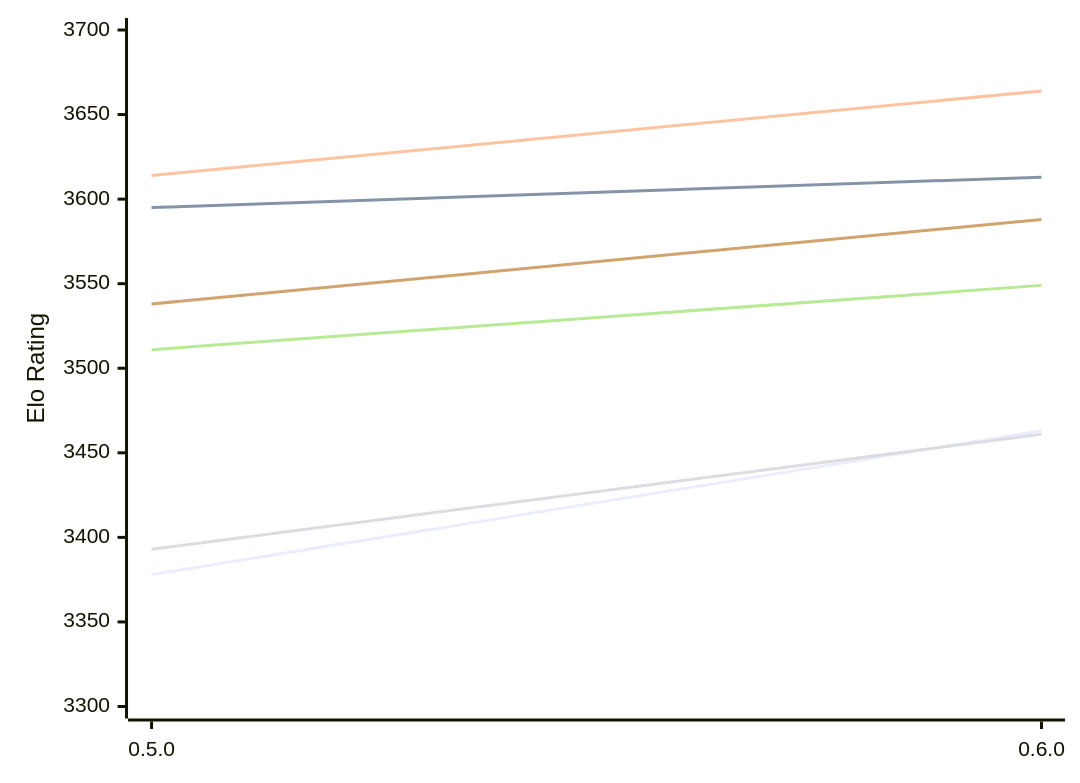
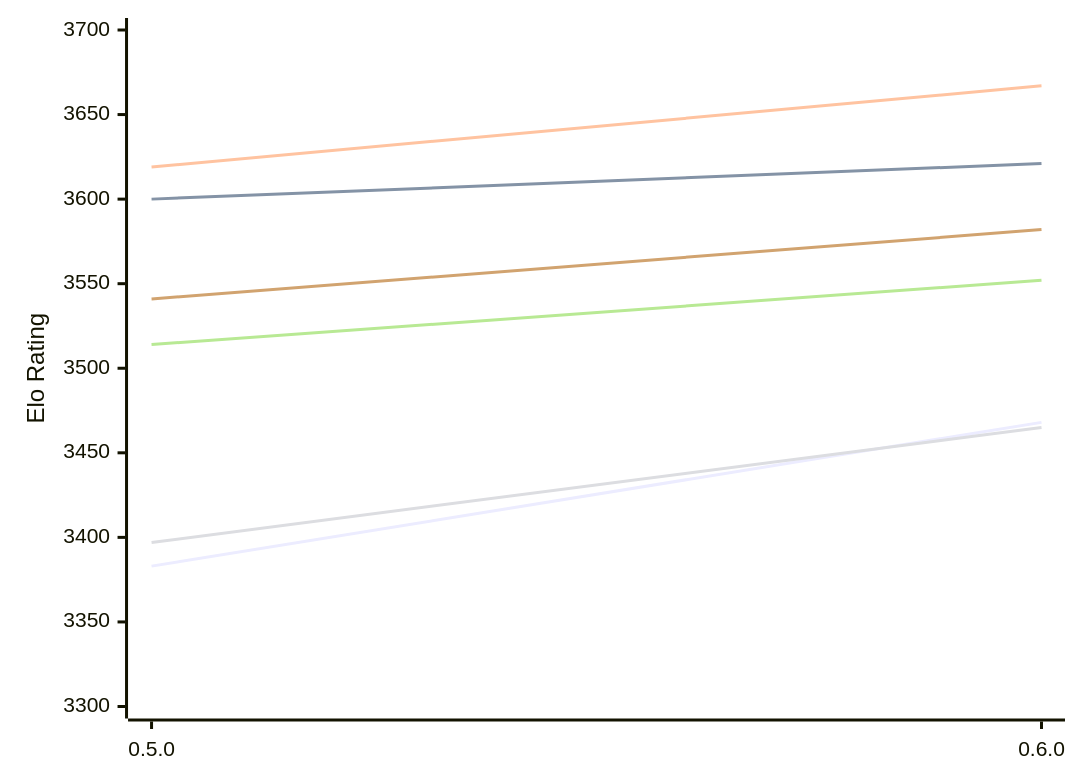
Before and after one commit to computer-chess-index/cci: the diagram in engines/Incipit.md, drawn with Mermaid. The commit also changed other lines of this file, not shown here.

Commit message:
Update CCI Ratings (ELO VLTC) - 2026-11-20

````diff
--- a/engines/Incipit.md
+++ b/engines/Incipit.md
@@ -49,12 +49,12 @@
 ```mermaid
 %%{init: {"theme":"base","themeVariables":{"seriesColors:['#a3a3a3','#222221','#faa371']}}}%%
 xychart-beta
   x-axis ["0.5.0", "0.6.0"]
   y-axis "Elo Rating" 3300 --> 3700
-  line "E1: STC (8.0+0.08s)" [3378, 3463]
-  line "E1: LTC (60.0+0.60s)" [3595, 3613]
-  line "E1: VLTC (2m24s+1.12s)" [3614, 3664]
-  line "P1: STC (8.0+0.08s)" [3393, 3461]
-  line "P1: LTC (60.0+0.60s)" [3511, 3549]
-  line "P1: VLTC (2m24s+1.12s)" [3538, 3588]
+  line "E1: STC (8.0+0.08s)" [3383, 3468]
+  line "E1: LTC (60.0+0.60s)" [3600, 3621]
+  line "E1: VLTC (2m24s+1.12s)" [3619, 3667]
+  line "P1: STC (8.0+0.08s)" [3397, 3465]
+  line "P1: LTC (60.0+0.60s)" [3514, 3552]
+  line "P1: VLTC (2m24s+1.12s)" [3541, 3582]
 ```
````
